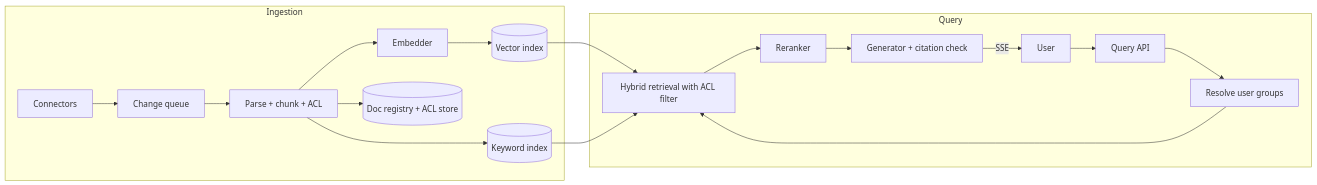
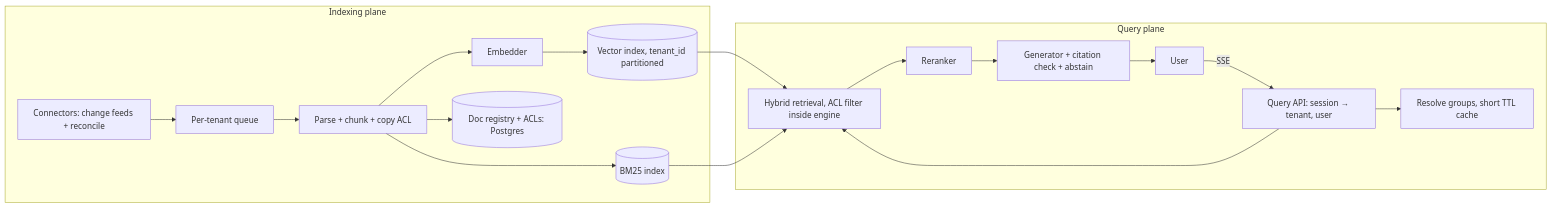
Before and after one commit to zekkrron/cs-knowledge-base: the first of 5 diagrams in Agentic/Problems/02 - Multi-Tenant Document RAG.md, drawn with Mermaid. The commit also changed other lines of this file and 46 other files, not shown here.

````diff
--- a/Agentic/Problems/02 - Multi-Tenant Document RAG.md
+++ b/Agentic/Problems/02 - Multi-Tenant Document RAG.md
@@ -38,21 +109,21 @@
 ```mermaid
 flowchart LR
-    subgraph Ingestion
-      CON[Connectors] --> Q[Change queue]
-      Q --> PARSE[Parse + chunk + ACL]
-      PARSE --> EMB[Embedder]
-      EMB --> VDB[(Vector index)]
-      PARSE --> KW[(Keyword index)]
-      PARSE --> REG[(Doc registry + ACL store)]
+    subgraph Indexing plane
+      CON[Connectors: change feeds + reconcile] --> Q[Per-tenant queue]
+      Q --> P[Parse + chunk + copy ACL]
+      P --> E[Embedder]
+      E --> VDB[(Vector index, tenant_id partitioned)]
+      P --> KW[(BM25 index)]
+      P --> REG[(Doc registry + ACLs: Postgres)]
     end
-    subgraph Query
-      U[User] --> QAPI[Query API]
-      QAPI --> AUTH[Resolve user groups]
-      AUTH --> RET[Hybrid retrieval with ACL filter]
+    subgraph Query plane
+      U[User] -->|SSE| API[Query API: session → tenant, user]
+      API --> IDP[Resolve groups, short TTL cache]
+      API --> RET[Hybrid retrieval, ACL filter inside engine]
       RET --> RR[Reranker]
-      RR --> GEN[Generator + citation check]
-      GEN -->|SSE| U
+      RR --> GEN[Generator + citation check + abstain]
+      GEN --> U
     end
     VDB --> RET
     KW --> RET
 ```
````
